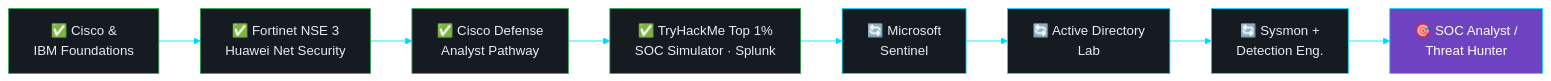
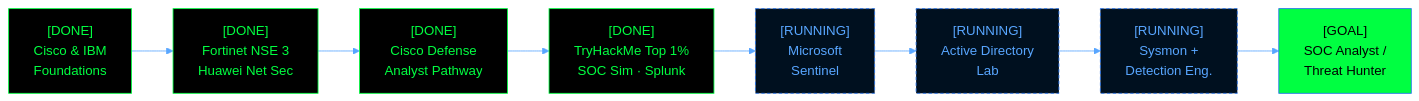
Before and after one commit to engzooz/engzooz: the second of 2 diagrams in README.md, drawn with Mermaid. The commit also changed other lines of this file, not shown here.

````diff
--- a/README.md
+++ b/README.md
@@ -238,19 +236,17 @@
 ```mermaid
-%%{init: {'theme':'base','themeVariables':{'primaryColor':'#161b22','primaryTextColor':'#e6edf3','primaryBorderColor':'#6f42c1','lineColor':'#00d9ff','fontFamily':'monospace'}}}%%
+%%{init: {'theme':'base','themeVariables':{'primaryColor':'#000000','primaryTextColor':'#00ff41','primaryBorderColor':'#00ff41','lineColor':'#58a6ff','fontFamily':'monospace'}}}%%
 flowchart LR
-    A["✅ Cisco &<br/>IBM Foundations"] --> B["✅ Fortinet NSE 3<br/>Huawei Net Security"]
-    B --> C["✅ Cisco Defense<br/>Analyst Pathway"]
-    C --> D["✅ TryHackMe Top 1%<br/>SOC Simulator · Splunk"]
-    D --> E["🔄 Microsoft<br/>Sentinel"]
-    E --> F["🔄 Active Directory<br/>Lab"]
-    F --> G["🔄 Sysmon +<br/>Detection Eng."]
-    G --> H["🎯 SOC Analyst /<br/>Threat Hunter"]
-    style A fill:#161b22,stroke:#2ea44f
-    style B fill:#161b22,stroke:#2ea44f
-    style C fill:#161b22,stroke:#2ea44f
-    style D fill:#161b22,stroke:#2ea44f
-    style E fill:#161b22,stroke:#00d9ff
-    style F fill:#161b22,stroke:#00d9ff
-    style G fill:#161b22,stroke:#00d9ff
-    style H fill:#6f42c1,color:#fff,stroke:#00d9ff
+    A["[DONE]<br/>Cisco & IBM<br/>Foundations"] --> B["[DONE]<br/>Fortinet NSE 3<br/>Huawei Net Sec"]
+    B --> C["[DONE]<br/>Cisco Defense<br/>Analyst Pathway"]
+    C --> D["[DONE]<br/>TryHackMe Top 1%<br/>SOC Sim · Splunk"]
+    D --> E["[RUNNING]<br/>Microsoft<br/>Sentinel"]
+    E --> F["[RUNNING]<br/>Active Directory<br/>Lab"]
+    F --> G["[RUNNING]<br/>Sysmon +<br/>Detection Eng."]
+    G --> H["[GOAL]<br/>SOC Analyst /<br/>Threat Hunter"]
+    classDef done fill:#000000,stroke:#00ff41,color:#00ff41
+    classDef run fill:#00101f,stroke:#1f6feb,color:#58a6ff,stroke-dasharray: 4 3
+    classDef goal fill:#00ff41,stroke:#1f6feb,color:#000000
+    class A,B,C,D done
+    class E,F,G run
+    class H goal
 ```
````
